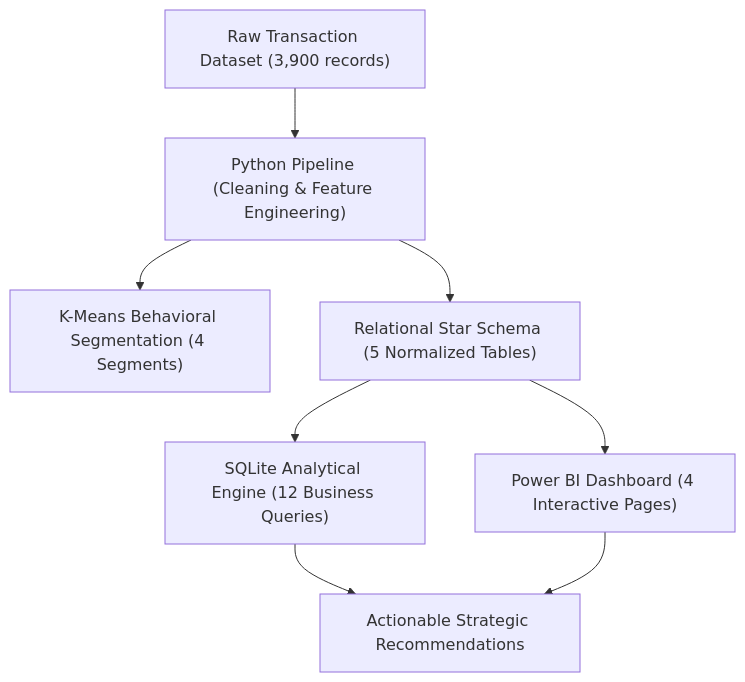
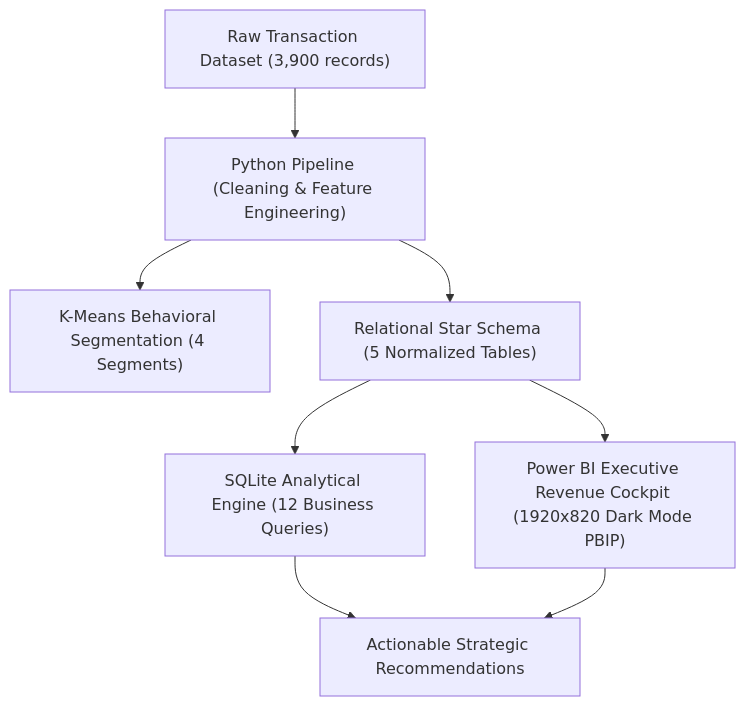
One commit to aladdin-dev0/retail-customer-behavior-analysis changed the first of 2 diagrams in reports/executive_project_report.md. Above: the diagram before and after it, drawn with Mermaid. The commit also changed other lines of this file and 6 other files, not shown here.

Commit message:
docs: harmonize executive reports, presentations, and README with final Power BI Cockpit architecture

````diff
--- a/reports/executive_project_report.md
+++ b/reports/executive_project_report.md
@@ -29,10 +29,10 @@
 ```mermaid
 flowchart TD
     A["Raw Transaction Dataset (3,900 records)"] --> B["Python Pipeline (Cleaning & Feature Engineering)"]
     B --> C["K-Means Behavioral Segmentation (4 Segments)"]
     B --> D["Relational Star Schema (5 Normalized Tables)"]
     D --> E["SQLite Analytical Engine (12 Business Queries)"]
-    D --> F["Power BI Dashboard (4 Interactive Pages)"]
+    D --> F["Power BI Executive Revenue Cockpit (1920x820 Dark Mode PBIP)"]
     E --> G["Actionable Strategic Recommendations"]
     F --> G
 ```
````
